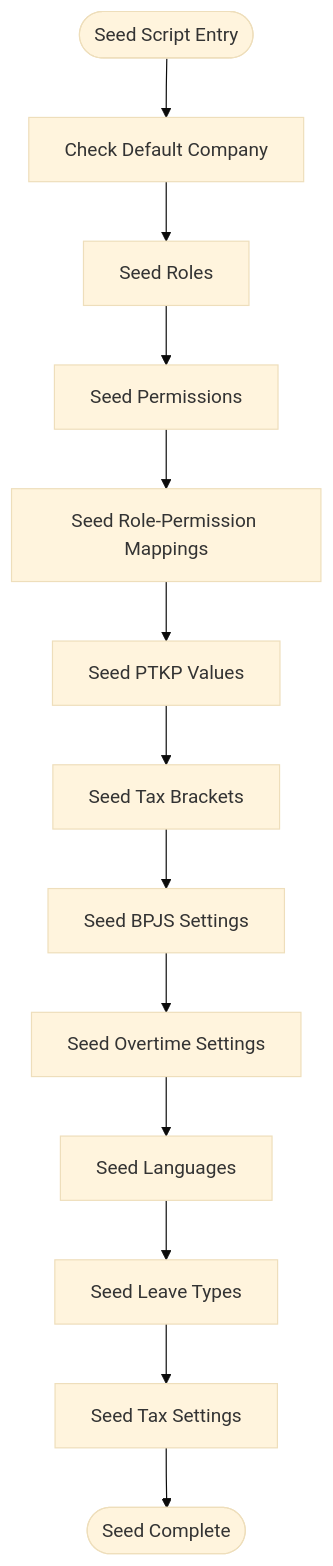
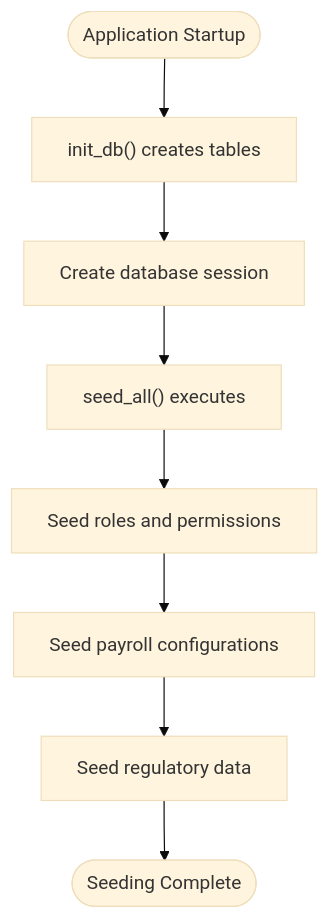
The sixth of 9 diagrams in .qoder/repowiki/en/content/Deployment & Operations.md (bikinaplikasipakeqoder-dot/payroll-hris), drawn with Mermaid (base theme) before and after one commit. The commit also changed other lines of this file and 22 other files, not shown here.

````diff
--- a/.qoder/repowiki/en/content/Deployment & Operations.md
+++ b/.qoder/repowiki/en/content/Deployment & Operations.md
@@ -245,15 +293,10 @@
 ```mermaid
 flowchart TD
-SStart(["Seed Script Entry"]) --> CheckCompany["Check Default Company"]
-CheckCompany --> SeedRoles["Seed Roles"]
-SeedRoles --> SeedPermissions["Seed Permissions"]
-SeedPermissions --> SeedRP["Seed Role-Permission Mappings"]
-SeedRP --> SeedPTKP["Seed PTKP Values"]
-SeedPTKP --> SeedTax["Seed Tax Brackets"]
-SeedTax --> SeedBPJS["Seed BPJS Settings"]
-SeedBPJS --> SeedOT["Seed Overtime Settings"]
-SeedOT --> SeedLang["Seed Languages"]
-SeedLang --> SeedLeave["Seed Leave Types"]
-SeedLeave --> SeedTaxSetting["Seed Tax Settings"]
-SeedTaxSetting --> SEnd(["Seed Complete"])
+Startup(["Application Startup"]) --> InitDB["init_db() creates tables"]
+InitDB --> CreateSession["Create database session"]
+CreateSession --> SeedAll["seed_all() executes"]
+SeedAll --> SeedRoles["Seed roles and permissions"]
+SeedRoles --> SeedPayroll["Seed payroll configurations"]
+SeedPayroll --> SeedCompliance["Seed regulatory data"]
+SeedCompliance --> Complete(["Seeding Complete"])
 ```
````
